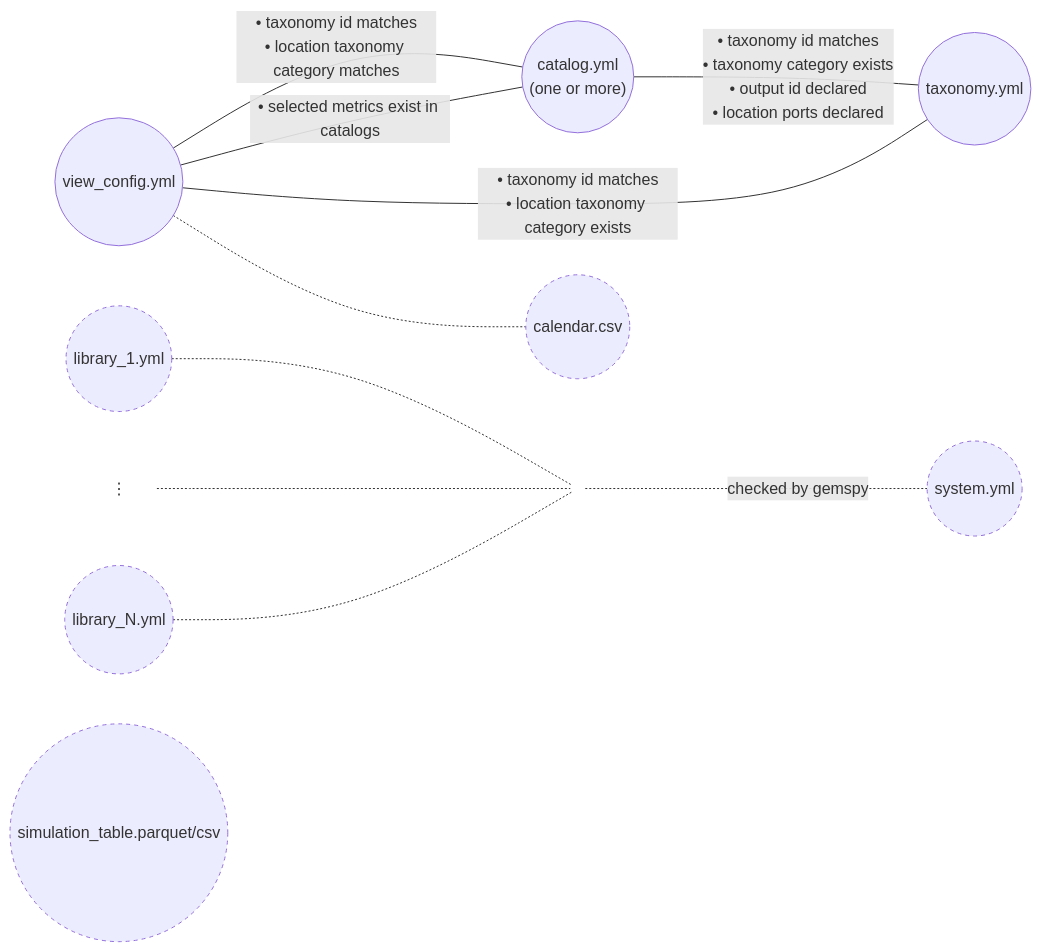
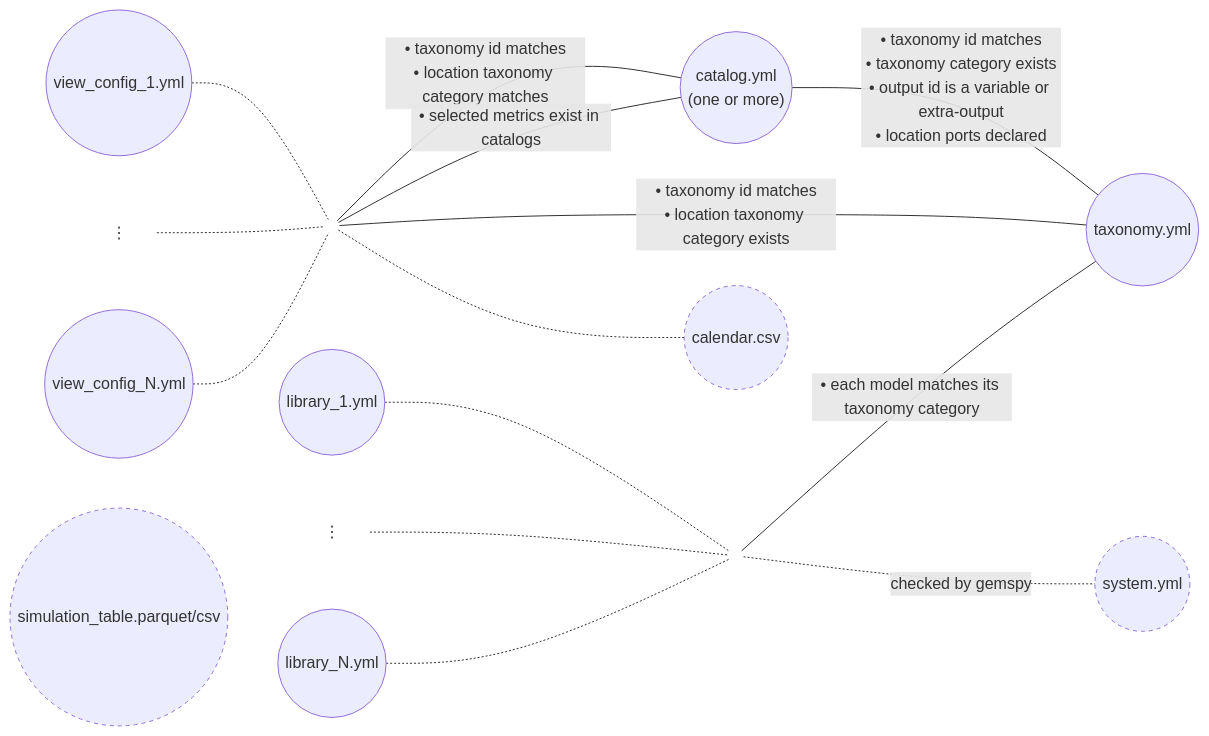
One commit to AntaresSimulatorTeam/GEMS-ViewsBuilder changed the diagram in README.md. Above: the diagram before and after it, drawn with Mermaid. The commit also changed 25 other files, not shown here.

First line of the commit message:
feat(validation): introduce library and taxonomy validation logic (#188)

````diff
--- a/README.md
+++ b/README.md
@@ -20,29 +20,36 @@
 ```mermaid
 graph LR
     catalog(("catalog.yml<br/>(one or more)"))
     taxonomy(("taxonomy.yml"))
-    view_config(("view_config.yml"))
+    view_config_1(("view_config_1.yml"))
+    view_config_dots["⋮"]
+    view_config_n(("view_config_N.yml"))
+    view_config_join((" "))
     library_1(("library_1.yml"))
     library_dots["⋮"]
     library_n(("library_N.yml"))
     library_join((" "))
     system(("system.yml"))
     simulation_table(("simulation_table.parquet/csv"))
     calendar(("calendar.csv"))
 
-    catalog -- "• taxonomy id matches<br/>• taxonomy category exists<br/>• output id declared<br/>• location ports declared" --- taxonomy
-    view_config -- "• taxonomy id matches<br/>• location taxonomy category exists" --- taxonomy
-    view_config -- "• taxonomy id matches<br/>• location taxonomy category matches" --- catalog
-    view_config -- "• selected metrics exist in catalogs" --- catalog
+    catalog -- "• taxonomy id matches<br/>• taxonomy category exists<br/>• output id is a variable or extra-output<br/>• location ports declared" --- taxonomy
+    view_config_1 -.- view_config_join
+    view_config_dots -.- view_config_join
+    view_config_n -.- view_config_join
+    view_config_join -- "• taxonomy id matches<br/>• location taxonomy category exists" --- taxonomy
+    view_config_join -- "• taxonomy id matches<br/>• location taxonomy category matches" --- catalog
+    view_config_join -- "• selected metrics exist in catalogs" --- catalog
 
     library_1 -.- library_join
     library_dots -.- library_join
     library_n -.- library_join
+    library_join -- "• each model matches its taxonomy category" --- taxonomy
     library_join -. "checked by gemspy" .- system
-    view_config -.- calendar
+    view_config_join -.- calendar
 
     classDef unvalidated stroke-dasharray: 4 4;
     classDef plain stroke: none, fill: none;
-    class library_1,library_n,system,simulation_table,calendar unvalidated;
-    class library_dots,library_join plain;
+    class system,simulation_table,calendar unvalidated;
+    class library_dots,library_join,view_config_dots,view_config_join plain;
 ```
````
